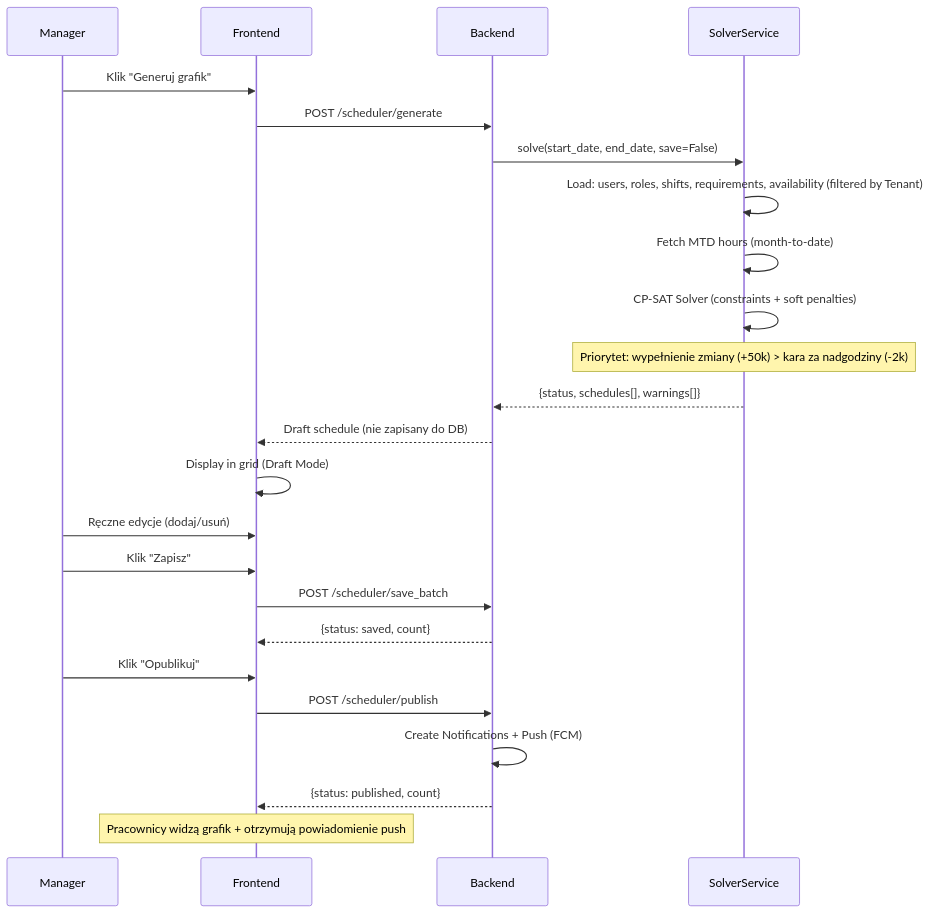
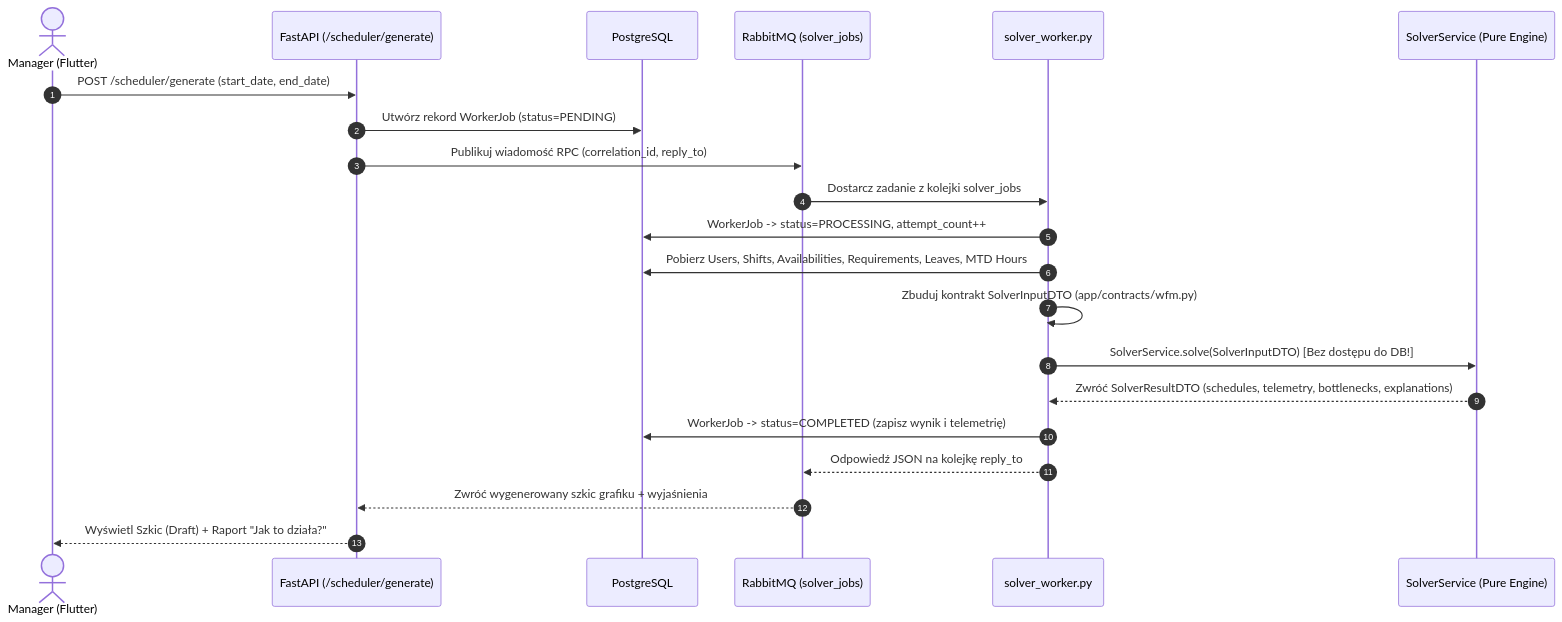
The fifth of 6 diagrams in ARCHITECTURE.md (mwieclawek/PlannerV2), drawn with Mermaid before and after one commit. The commit also changed other lines of this file and 9 other files, not shown here.

Commit message:
docs(release): update all documentation, improve GitHub diagrams with SVG zoom links, and add v2.2.4 release notes

````diff
--- a/ARCHITECTURE.md
+++ b/ARCHITECTURE.md
@@ -415,27 +409,25 @@
 ```mermaid
 sequenceDiagram
-    participant M as Manager
-    participant F as Frontend
-    participant B as Backend
-    participant S as SolverService
+    autonumber
+    actor M as Manager (Flutter)
+    participant API as FastAPI (/scheduler/generate)
+    participant DB as PostgreSQL
+    participant RMQ as RabbitMQ (solver_jobs)
+    participant W as solver_worker.py
+    participant ENG as SolverService (Pure Engine)
 
-    M->>F: Klik "Generuj grafik"
-    F->>B: POST /scheduler/generate
-    B->>S: solve(start_date, end_date, save=False)
-    S->>S: Load: users, roles, shifts, requirements, availability (filtered by Tenant)
-    S->>S: Fetch MTD hours (month-to-date)
-    S->>S: CP-SAT Solver (constraints + soft penalties)
-    Note over S: Priorytet: wypełnienie zmiany (+50k) > kara za nadgodziny (-2k)
-    S-->>B: {status, schedules[], warnings[]}
-    B-->>F: Draft schedule (nie zapisany do DB)
-    F->>F: Display in grid (Draft Mode)
-    M->>F: Ręczne edycje (dodaj/usuń)
-    M->>F: Klik "Zapisz"
-    F->>B: POST /scheduler/save_batch
-    B-->>F: {status: saved, count}
-    M->>F: Klik "Opublikuj"
-    F->>B: POST /scheduler/publish
-    B->>B: Create Notifications + Push (FCM)
-    B-->>F: {status: published, count}
-    Note over F: Pracownicy widzą grafik + otrzymują powiadomienie push
+    M->>API: POST /scheduler/generate (start_date, end_date)
+    API->>DB: Utwórz rekord WorkerJob (status=PENDING)
+    API->>RMQ: Publikuj wiadomość RPC (correlation_id, reply_to)
+    RMQ->>W: Dostarcz zadanie z kolejki solver_jobs
+    W->>DB: WorkerJob -> status=PROCESSING, attempt_count++
+    W->>DB: Pobierz Users, Shifts, Availabilities, Requirements, Leaves, MTD Hours
+    W->>W: Zbuduj kontrakt SolverInputDTO (app/contracts/wfm.py)
+    W->>ENG: SolverService.solve(SolverInputDTO) [Bez dostępu do DB!]
+    ENG-->>W: Zwróć SolverResultDTO (schedules, telemetry, bottlenecks, explanations)
+    W->>DB: WorkerJob -> status=COMPLETED (zapisz wynik i telemetrię)
+    W-->>RMQ: Odpowiedź JSON na kolejkę reply_to
+    RMQ-->>API: Zwróć wygenerowany szkic grafiku + wyjaśnienia
+    API-->>M: Wyświetl Szkic (Draft) + Raport "Jak to działa?"
+
 ```
````
